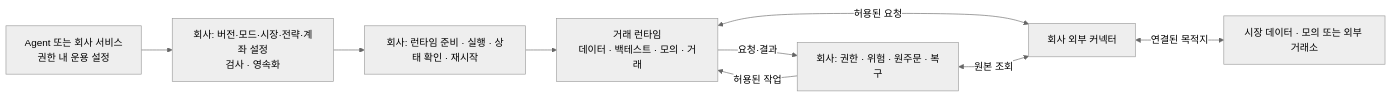
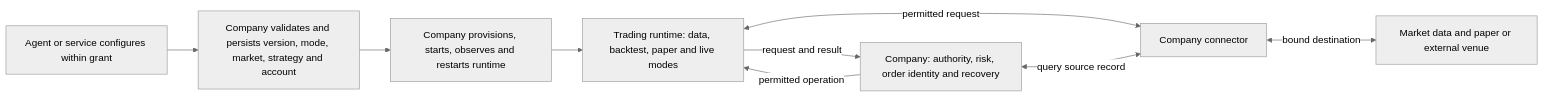
One commit to openboa-ai/sourdough changed diagram 12 of 16 in docs/company-agent-quant.md. Above: the diagram before and after it, drawn with Mermaid (neutral theme). The commit also changed other lines of this file and 29 other files, not shown here.

````diff
--- a/docs/company-agent-quant.md
+++ b/docs/company-agent-quant.md
@@ -325,16 +320,16 @@
 ```mermaid
 flowchart LR
-    Agent["Agent 또는 회사 서비스<br/>권한 내 운용 설정"]
-    Config["회사: 버전·모드·시장·전략·계좌 설정<br/>검사 · 영속화"]
-    Supervise["회사: 런타임 준비 · 실행 · 상태 확인 · 재시작"]
-    Runtime["거래 런타임<br/>데이터 · 백테스트 · 모의 · 거래"]
-    Control["회사: 권한 · 위험 · 원주문 · 복구"]
-    Gateway["회사 외부 커넥터"]
-    External["시장 데이터 · 모의 또는 외부 거래소"]
+    Agent["Agent or service configures within grant"]
+    Config["Company validates and persists version, mode, market, strategy and account"]
+    Supervise["Company provisions, starts, observes and restarts runtime"]
+    Runtime["Trading runtime: data, backtest, paper and live modes"]
+    Control["Company: authority, risk, order identity and recovery"]
+    Gateway["Company connector"]
+    External["Market data and paper or external venue"]
     Agent --> Config --> Supervise --> Runtime
-    Runtime -->|요청·결과| Control
-    Control -->|허용된 작업| Runtime
-    Runtime <-->|허용된 요청| Gateway
-    Control <-->|원본 조회| Gateway
-    Gateway <-->|연결된 목적지| External
+    Runtime -->|request and result| Control
+    Control -->|permitted operation| Runtime
+    Runtime <-->|permitted request| Gateway
+    Control <-->|query source record| Gateway
+    Gateway <-->|bound destination| External
 ```
````
